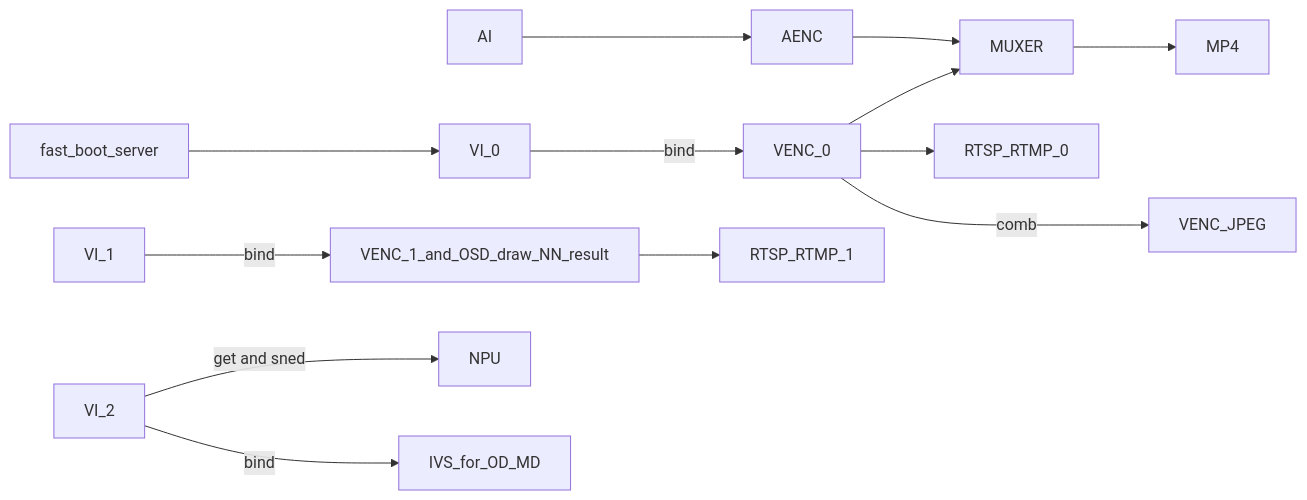
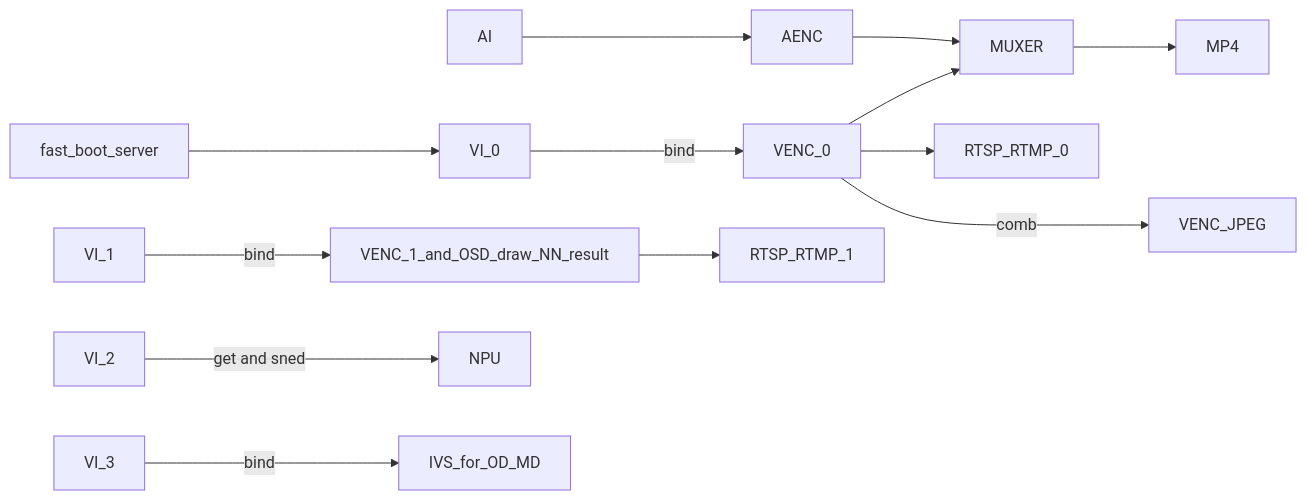
Before and after one commit to CHENXiNNNX/Smart_Glasses_SDK: the third of 14 diagrams in rv1106-sdk/project/app/rkipc/rkipc/docs/Rockchip_Developer_Guide_Linux_RKIPC_CN.md, drawn with Mermaid. The commit also changed other lines of this file and 21123 other files, not shown here.

````diff
--- a/rv1106-sdk/project/app/rkipc/rkipc/docs/Rockchip_Developer_Guide_Linux_RKIPC_CN.md
+++ b/rv1106-sdk/project/app/rkipc/rkipc/docs/Rockchip_Developer_Guide_Linux_RKIPC_CN.md
@@ -143,11 +151,11 @@
 ```mermaid
 graph LR
 	fast_boot_server-->VI_0
 	AI-->AENC-->MUXER-->MP4
 	VI_0--bind-->VENC_0-->MUXER
 	VENC_0-->RTSP_RTMP_0
 	VENC_0--combo-->VENC_JPEG
 	VI_1--bind-->VENC_1_and_OSD_draw_NN_result-->RTSP_RTMP_1
 	VI_2--get and sned-->NPU
-	VI_2--bind-->IVS_for_OD_MD
+	VI_3--bind-->IVS_for_OD_MD
 ```
````
